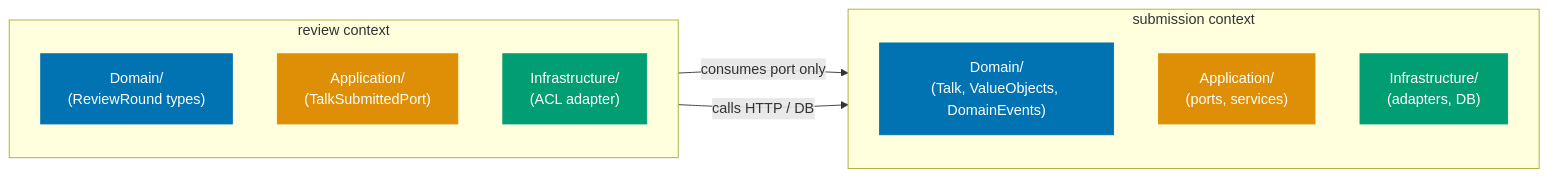
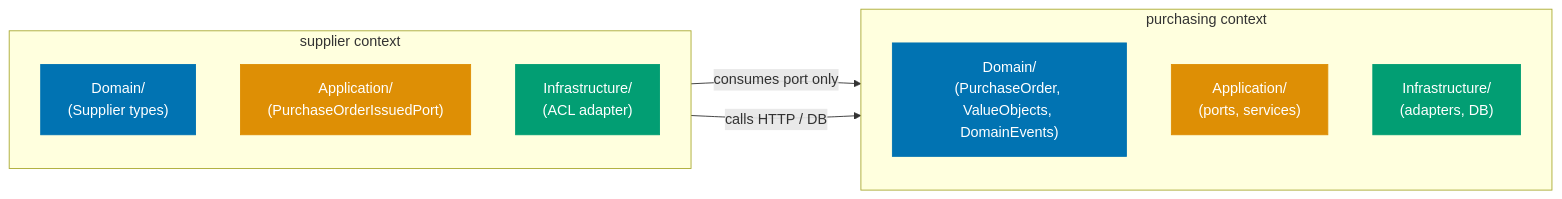
The first of 2 diagrams in apps/ayokoding-web/content/en/learn/software-engineering/architecture/ddd-hexagonal-in-practice/fp-in-the-field/beginner.md (wahidyankf/open-sharia-enterprise), drawn with Mermaid before and after one commit. The commit also changed other lines of this file and 38 other files, not shown here.

First line of the commit message:
docs(ayokoding-web): unify architecture tutorials on shared P2P domain

````diff
--- a/apps/ayokoding-web/content/en/learn/software-engineering/architecture/ddd-hexagonal-in-practice/fp-in-the-field/beginner.md
+++ b/apps/ayokoding-web/content/en/learn/software-engineering/architecture/ddd-hexagonal-in-practice/fp-in-the-field/beginner.md
@@ -44,21 +44,21 @@
 ```mermaid
 flowchart LR
-    subgraph ctx["submission context"]
+    subgraph ctx["purchasing context"]
         direction TB
-        dom["Domain/\n(Talk, ValueObjects, DomainEvents)"]:::blue
+        dom["Domain/\n(PurchaseOrder, ValueObjects, DomainEvents)"]:::blue
         app["Application/\n(ports, services)"]:::orange
         inf["Infrastructure/\n(adapters, DB)"]:::teal
     end
-    subgraph rev["review context"]
+    subgraph sup["supplier context"]
         direction TB
-        rdom["Domain/\n(ReviewRound types)"]:::blue
-        rapp["Application/\n(TalkSubmittedPort)"]:::orange
-        rinf["Infrastructure/\n(ACL adapter)"]:::teal
+        sdom["Domain/\n(Supplier types)"]:::blue
+        sapp["Application/\n(PurchaseOrderIssuedPort)"]:::orange
+        sinf["Infrastructure/\n(ACL adapter)"]:::teal
     end
-    rapp -->|"consumes port only"| app
-    rinf -->|"calls HTTP / DB"| inf
+    sapp -->|"consumes port only"| app
+    sinf -->|"calls HTTP / DB"| inf
 
     classDef blue fill:#0173B2,color:#fff,stroke:#0173B2
     classDef orange fill:#DE8F05,color:#fff,stroke:#DE8F05
     classDef teal fill:#029E73,color:#fff,stroke:#029E73
 ```
````
